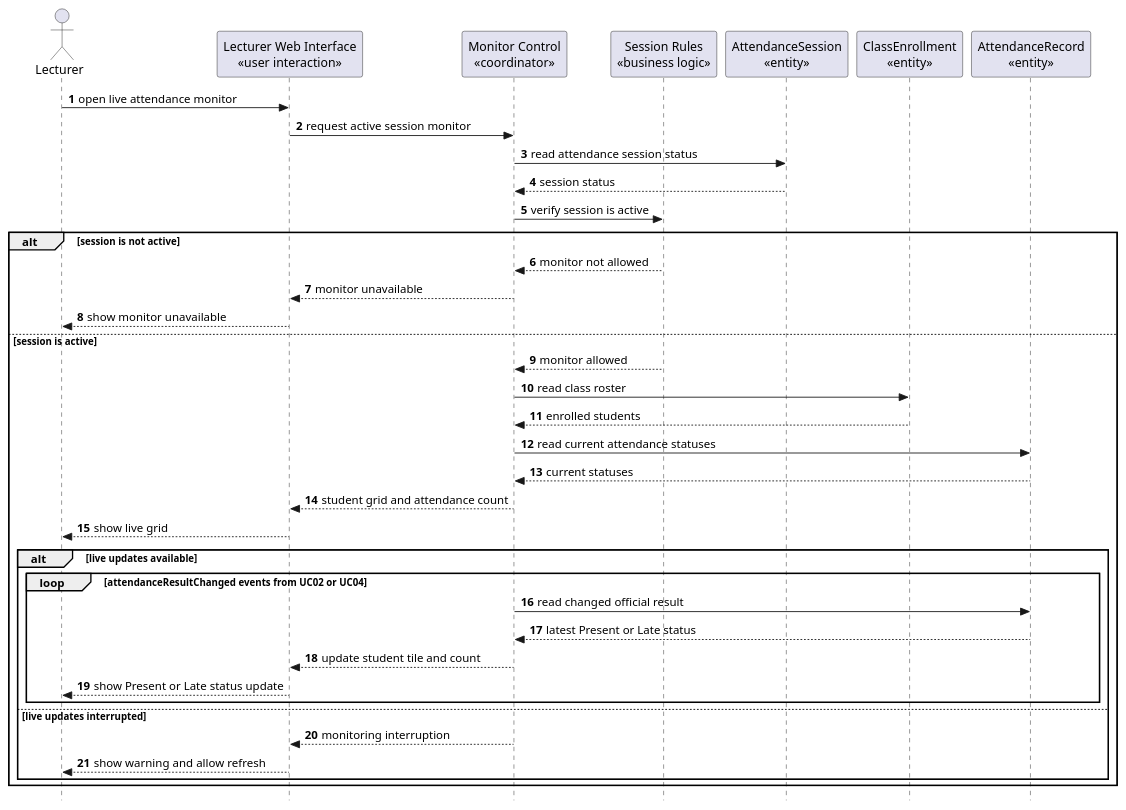
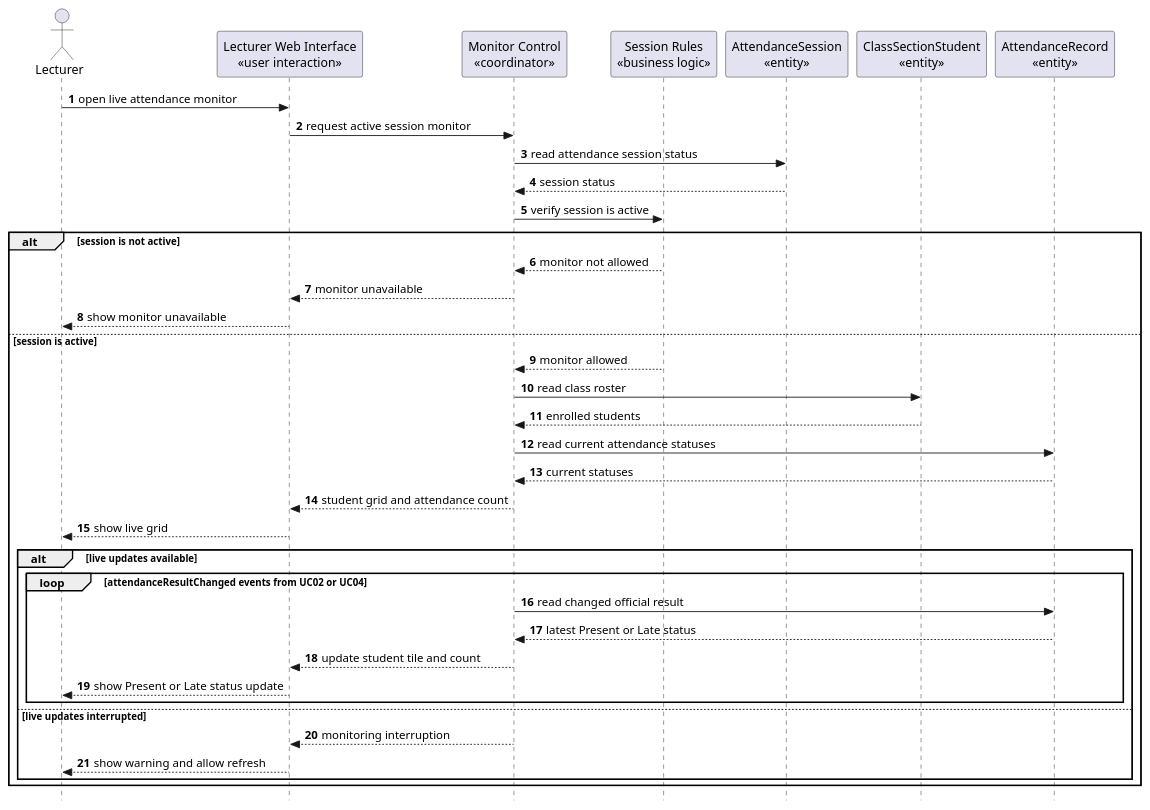
Diagram 17 of 29 in docs/sds/2_Analysis.md (nttung42/SWD392), drawn with PlantUML before and after one commit. The commit also changed other lines of this file and 2 other files, not shown here.

````diff
--- a/docs/sds/2_Analysis.md
+++ b/docs/sds/2_Analysis.md
@@ -948,45 +956,45 @@
 ```plantuml
 @startuml
 skinparam style strictuml
 autonumber
 actor "Lecturer" as Lecturer
 participant "Lecturer Web Interface\n«user interaction»" as LecturerUI
 participant "Monitor Control\n«coordinator»" as MonitorControl
 participant "Session Rules\n«business logic»" as SessionRules
 participant "AttendanceSession\n«entity»" as AttendanceSession
-participant "ClassEnrollment\n«entity»" as ClassEnrollment
+participant "ClassSectionStudent\n«entity»" as ClassSectionStudent
 participant "AttendanceRecord\n«entity»" as AttendanceRecord
 
 Lecturer -> LecturerUI : open live attendance monitor
 LecturerUI -> MonitorControl : request active session monitor
 MonitorControl -> AttendanceSession : read attendance session status
 AttendanceSession --> MonitorControl : session status
 MonitorControl -> SessionRules : verify session is active
 
 alt session is not active
   SessionRules --> MonitorControl : monitor not allowed
   MonitorControl --> LecturerUI : monitor unavailable
   LecturerUI --> Lecturer : show monitor unavailable
 else session is active
   SessionRules --> MonitorControl : monitor allowed
-  MonitorControl -> ClassEnrollment : read class roster
-  ClassEnrollment --> MonitorControl : enrolled students
+  MonitorControl -> ClassSectionStudent : read class roster
+  ClassSectionStudent --> MonitorControl : enrolled students
   MonitorControl -> AttendanceRecord : read current attendance statuses
   AttendanceRecord --> MonitorControl : current statuses
   MonitorControl --> LecturerUI : student grid and attendance count
   LecturerUI --> Lecturer : show live grid
 
   alt live updates available
     loop attendanceResultChanged events from UC02 or UC04
       MonitorControl -> AttendanceRecord : read changed official result
       AttendanceRecord --> MonitorControl : latest Present or Late status
       MonitorControl --> LecturerUI : update student tile and count
       LecturerUI --> Lecturer : show Present or Late status update
     end
   else live updates interrupted
     MonitorControl --> LecturerUI : monitoring interruption
     LecturerUI --> Lecturer : show warning and allow refresh
   end
 end
 @enduml
 ```
````
